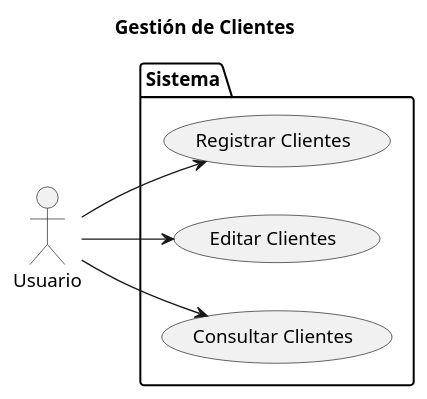
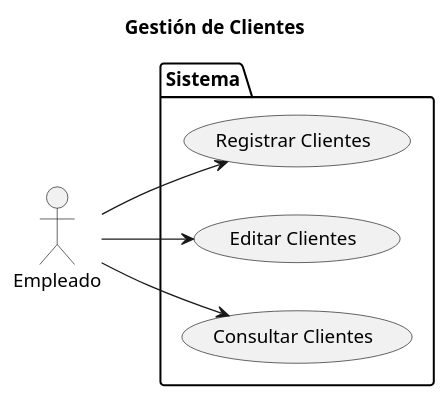
Before and after one commit to marcelolezcanodev/GarageGuru: the diagram in Diagramas/caso_de_uso_Clientes.plantuml, drawn with PlantUML. The commit also changed 17 other files, not shown here.

```diff
--- a/Diagramas/caso_de_uso_Clientes.plantuml
+++ b/Diagramas/caso_de_uso_Clientes.plantuml
@@ -1,21 +1,21 @@
-@startuml cliente
+@startuml CU_Cliente
 
 left to right direction
 
 title Gestión de Clientes
 
-actor Usuario as User
+actor Empleado as User
 
 package Sistema {
 
     USECASE "Registrar Clientes" as UC_Registrar
     USECASE "Editar Clientes" as UC_Editar
     USECASE "Consultar Clientes" as UC_Consultar
 
 }
 
 User --> UC_Registrar
 User --> UC_Editar
 User --> UC_Consultar
 
 @enduml
```
